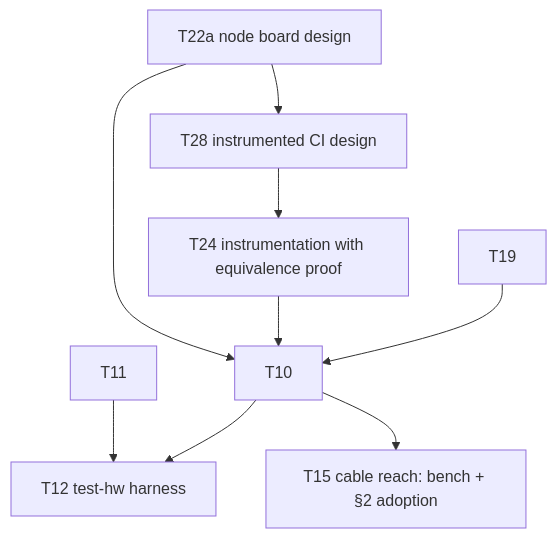
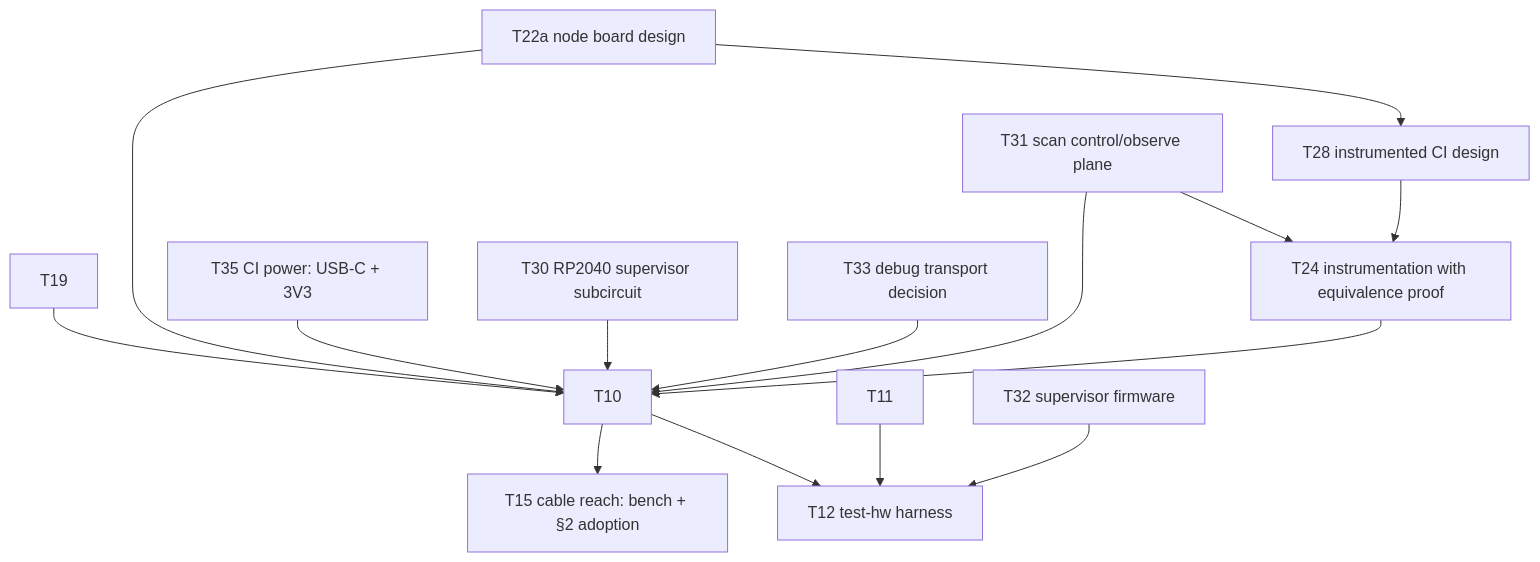
The diagram in KANBAN.md (kristofferkoch/oparroy), drawn with Mermaid before and after one commit. The commit also changed other lines of this file and 1 other file, not shown here.

First line of the commit message:
kanban: split CI board supervisor side into scoped cards

````diff
--- a/KANBAN.md
+++ b/KANBAN.md
@@ -34,11 +34,17 @@
 ```mermaid
 graph TD
     T19 --> T10
     T22a --> T28[T28 instrumented CI design]
     T28 --> T24[T24 instrumentation with equivalence proof]
     T24 --> T10
     T22a[T22a node board design] --> T10
+    T31[T31 scan control/observe plane] --> T24
+    T35[T35 CI power: USB-C + 3V3] --> T10
+    T30[T30 RP2040 supervisor subcircuit] --> T10
+    T31 --> T10
+    T33[T33 debug transport decision] --> T10
     T10 --> T12[T12 test-hw harness]
     T10 --> T15[T15 cable reach: bench + §2 adoption]
     T11 --> T12
+    T32[T32 supervisor firmware] --> T12
 ```
````
